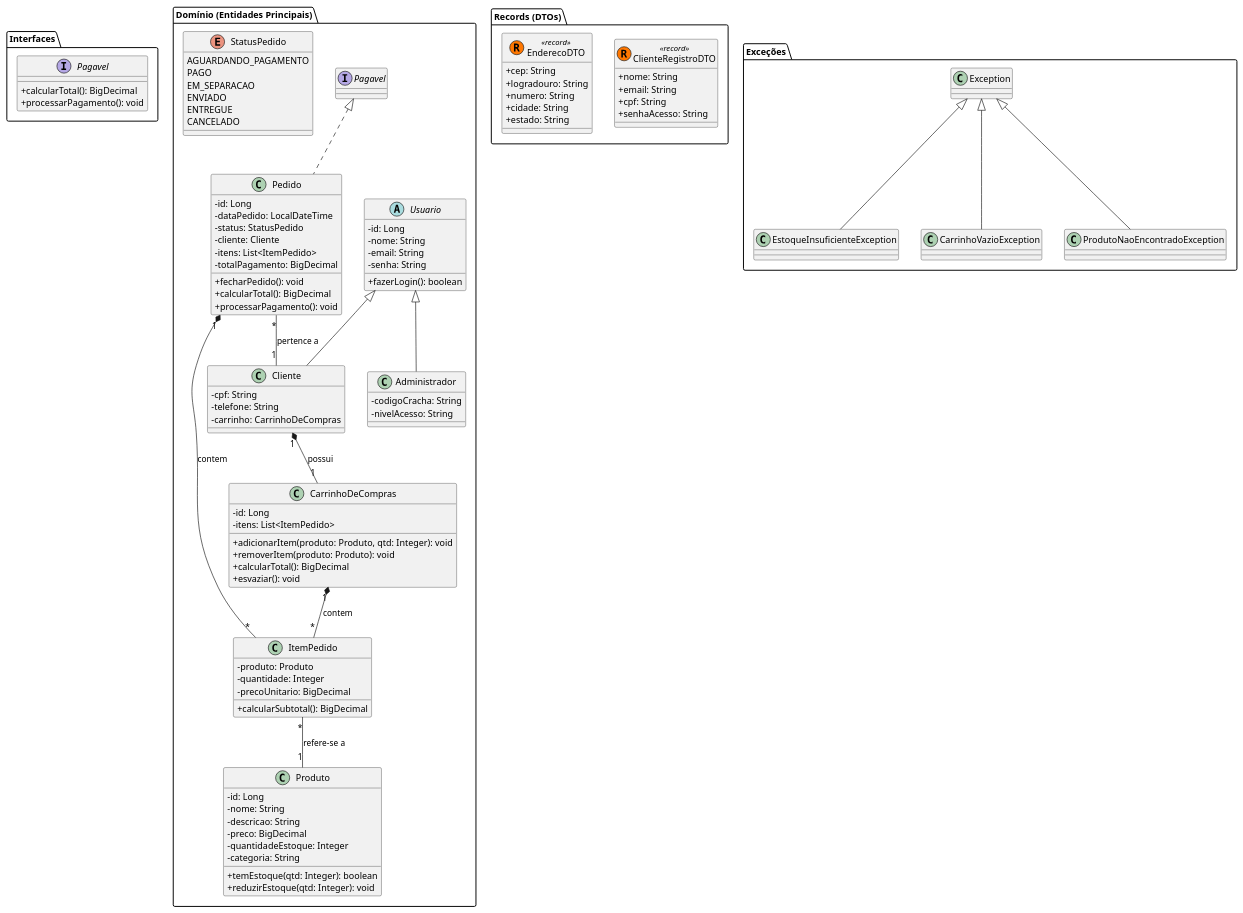
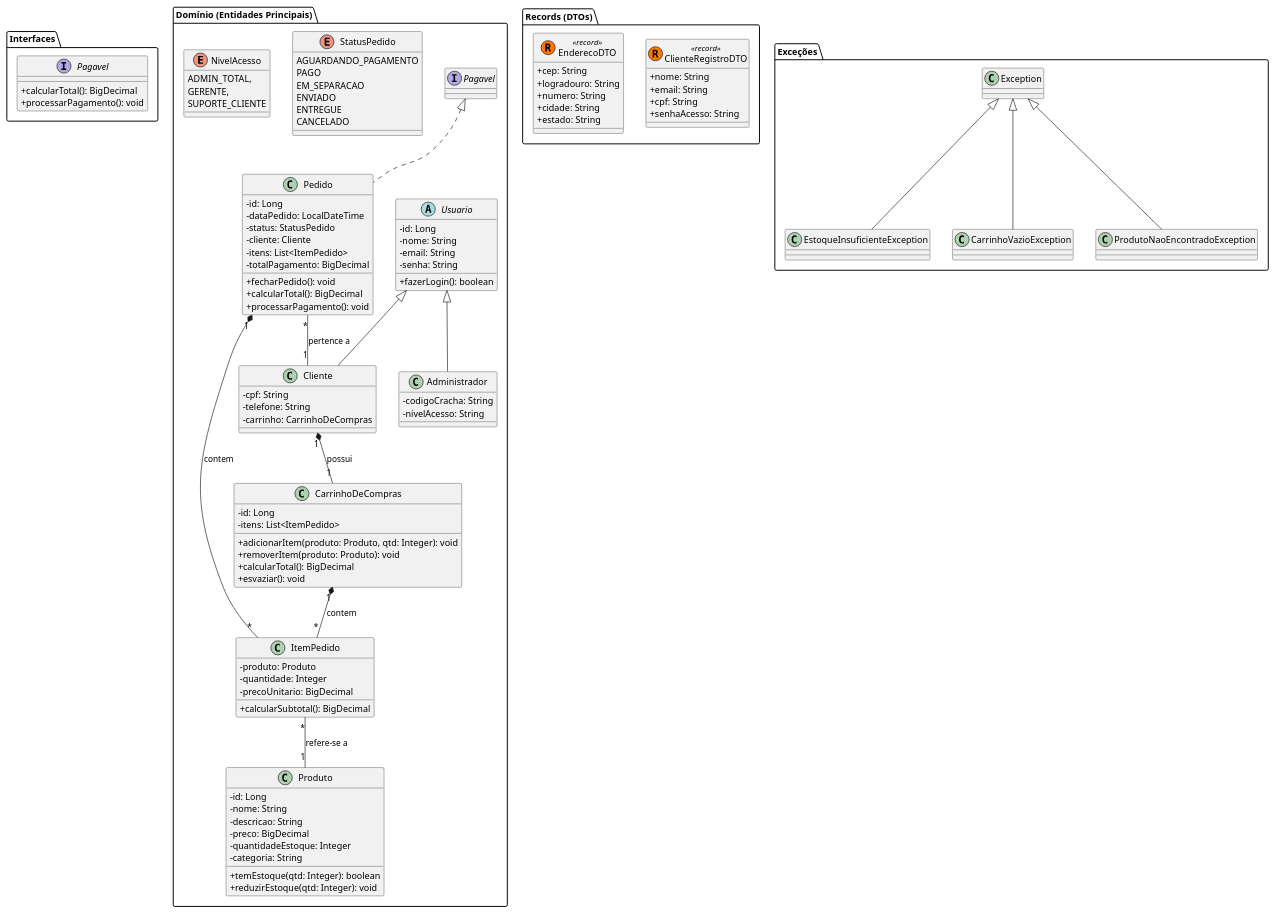
The diagram in docs/diagramaUML.plantuml (gustavofjacome/ProjetoEcommerce), drawn with PlantUML before and after one commit. The commit also changed 3 other files, not shown here.

Commit message:
refactor: Novo diagrama uml para contemplar o enum NivelAcesso

```diff
--- a/docs/diagramaUML.plantuml
+++ b/docs/diagramaUML.plantuml
@@ -1,111 +1,117 @@
 @startuml
 skinparam classAttributeIconSize 0
 
 package "Interfaces" {
     interface Pagavel {
         + calcularTotal(): BigDecimal
         + processarPagamento(): void
     }
 }
 
 package "Domínio (Entidades Principais)" {
 
     abstract class Usuario {
         - id: Long
         - nome: String
         - email: String
         - senha: String
         + fazerLogin(): boolean
     }
 
     class Cliente extends Usuario {
         - cpf: String
         - telefone: String
         - carrinho: CarrinhoDeCompras
     }
 
     class Administrador extends Usuario {
         - codigoCracha: String
         - nivelAcesso: String
     }
 
     class Produto {
         - id: Long
         - nome: String
         - descricao: String
         - preco: BigDecimal
         - quantidadeEstoque: Integer
         - categoria: String
         + temEstoque(qtd: Integer): boolean
         + reduzirEstoque(qtd: Integer): void
     }
 
     class CarrinhoDeCompras {
         - id: Long
         - itens: List<ItemPedido>
         + adicionarItem(produto: Produto, qtd: Integer): void
         + removerItem(produto: Produto): void
         + calcularTotal(): BigDecimal
         + esvaziar(): void
     }
 
     class ItemPedido {
         - produto: Produto
         - quantidade: Integer
         - precoUnitario: BigDecimal
         + calcularSubtotal(): BigDecimal
     }
 
     class Pedido implements Pagavel {
         - id: Long
         - dataPedido: LocalDateTime
         - status: StatusPedido
         - cliente: Cliente
         - itens: List<ItemPedido>
         - totalPagamento: BigDecimal
         + fecharPedido(): void
         + calcularTotal(): BigDecimal
         + processarPagamento(): void
     }
 
     enum StatusPedido {
         AGUARDANDO_PAGAMENTO
         PAGO
         EM_SEPARACAO
         ENVIADO
         ENTREGUE
         CANCELADO
     }
+
+    enum NivelAcesso {
+            ADMIN_TOTAL,
+            GERENTE,
+            SUPORTE_CLIENTE
+        }
 }
 
 package "Records (DTOs)" {
     class ClienteRegistroDTO << (R, #FF7700) record >> {
         + nome: String
         + email: String
         + cpf: String
         + senhaAcesso: String
     }
 
     class EnderecoDTO << (R, #FF7700) record >> {
         + cep: String
         + logradouro: String
         + numero: String
         + cidade: String
         + estado: String
     }
 }
 
 package "Exceções" {
     class EstoqueInsuficienteException extends Exception {}
     class CarrinhoVazioException extends Exception {}
     class ProdutoNaoEncontradoException extends Exception {}
 }
 
 ' Relacionamentos
 Cliente "1" *-- "1" CarrinhoDeCompras : possui
 CarrinhoDeCompras "1" *-- "*" ItemPedido : contem
 Pedido "1" *-- "*" ItemPedido : contem
 Pedido "*" -- "1" Cliente : pertence a
 ItemPedido "*" -- "1" Produto : refere-se a
 
 @enduml
```
